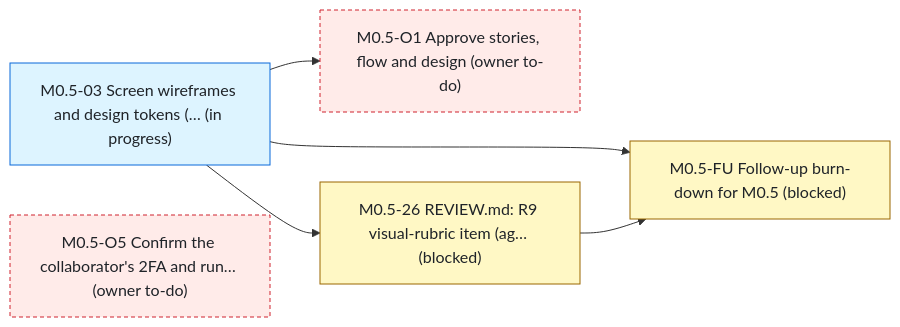
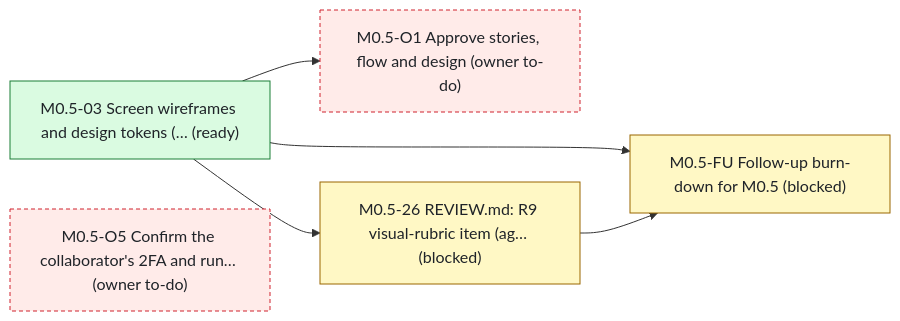
One commit to bondo/listicles2 changed the first of 2 diagrams in status.md. Above: the diagram before and after it, drawn with Mermaid. The commit also changed other lines of this file and 2 other files, not shown here.

````diff
--- a/status.md
+++ b/status.md
@@ -109,17 +109,17 @@
 ```mermaid
 flowchart LR
-    n0["M0.5-03 Screen wireframes and design tokens (… (in progress)"]:::progress
+    n0["M0.5-03 Screen wireframes and design tokens (… (ready)"]:::ready
     n1["M0.5-FU Follow-up burn-down for M0.5 (blocked)"]:::blocked
     n2["M0.5-O1 Approve stories, flow and design (owner to-do)"]:::owner
     n3["M0.5-26 REVIEW.md: R9 visual-rubric item (ag… (blocked)"]:::blocked
     n4["M0.5-O5 Confirm the collaborator's 2FA and run… (owner to-do)"]:::owner
     n0 --> n1
     n3 --> n1
     n0 --> n2
     n0 --> n3
     classDef ready fill:#dafbe1,stroke:#1a7f37,color:#1f2328
     classDef progress fill:#ddf4ff,stroke:#0969da,color:#1f2328
     classDef blocked fill:#fff8c5,stroke:#9a6700,color:#1f2328
     classDef owner fill:#ffebe9,stroke:#cf222e,color:#1f2328,stroke-dasharray:4 3
     classDef ext fill:#eaeef2,stroke:#59636e,color:#1f2328,stroke-dasharray:2 2
 ```
````
